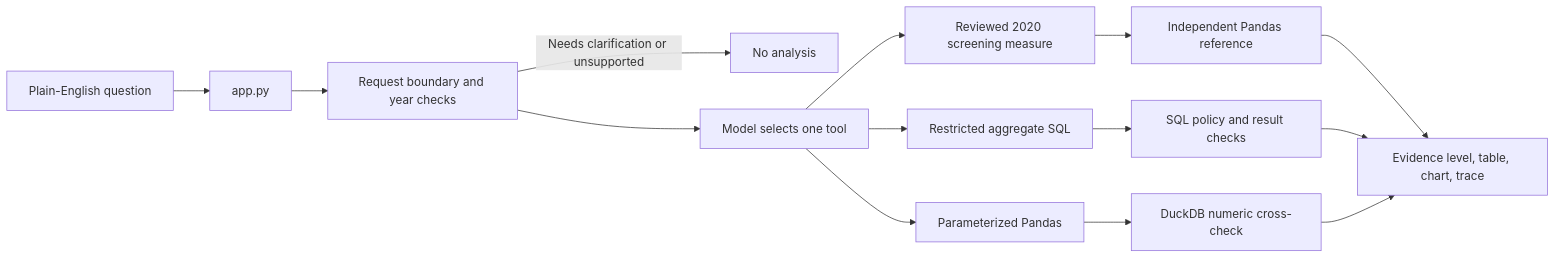
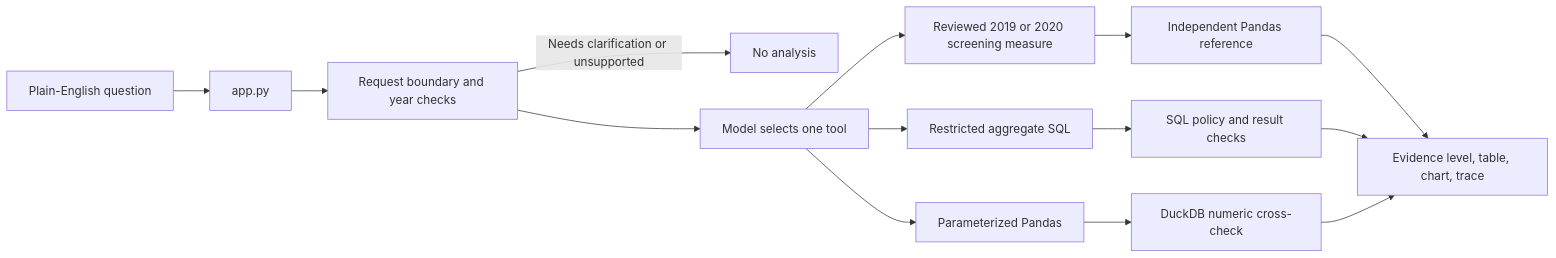
Before and after one commit to yc4959/CareInsight-AI: the diagram in docs/architecture.md, drawn with Mermaid. The commit also changed other lines of this file and 7 other files, not shown here.

````diff
--- a/docs/architecture.md
+++ b/docs/architecture.md
@@ -5,16 +5,16 @@
 ```mermaid
 flowchart LR
     U[Plain-English question] --> A[app.py]
     A --> G[Request boundary and year checks]
     G -->|Needs clarification or unsupported| N[No analysis]
     G --> M[Model selects one tool]
-    M --> V[Reviewed 2020 screening measure]
+    M --> V[Reviewed 2019 or 2020 screening measure]
     M --> S[Restricted aggregate SQL]
     M --> P[Parameterized Pandas]
     V --> R[Independent Pandas reference]
     S --> C[SQL policy and result checks]
     P --> X[DuckDB numeric cross-check]
     R --> O[Evidence level, table, chart, trace]
     C --> O
     X --> O
 ```
````
